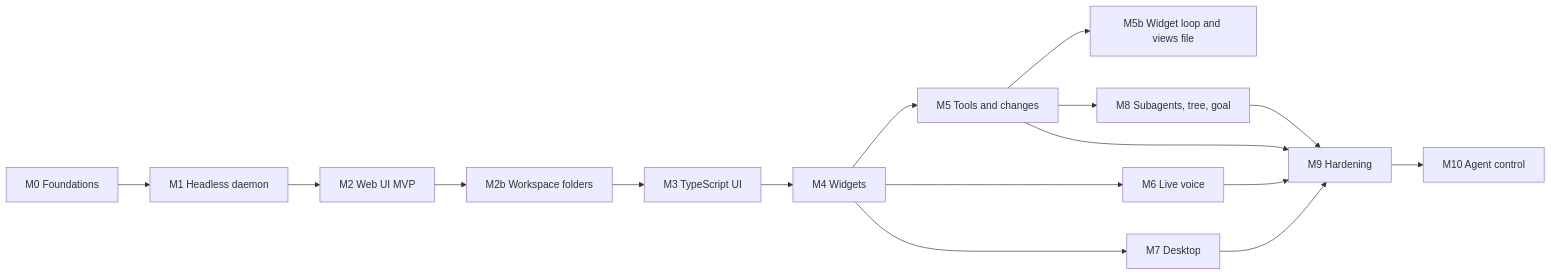
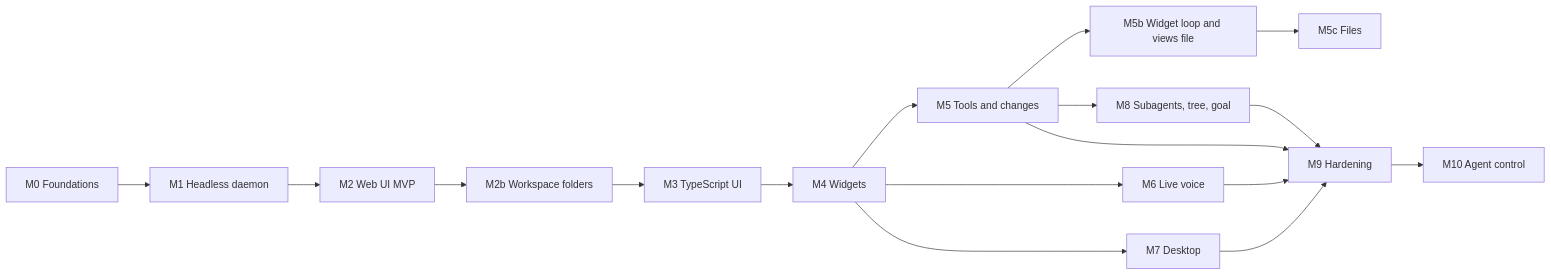
One commit to TonioGela/omfp changed the diagram in docs/specs/07-roadmap.md. Above: the diagram before and after it, drawn with Mermaid. The commit also changed other lines of this file and 86 other files, not shown here.

````diff
--- a/docs/specs/07-roadmap.md
+++ b/docs/specs/07-roadmap.md
@@ -7,10 +7,10 @@
 ```mermaid
 flowchart LR
   M0[M0 Foundations] --> M1[M1 Headless daemon] --> M2[M2 Web UI MVP] --> M2b[M2b Workspace folders]
   M2b --> M3[M3 TypeScript UI] --> M4[M4 Widgets]
-  M4 --> M5[M5 Tools and changes] --> M5b[M5b Widget loop and views file]
+  M4 --> M5[M5 Tools and changes] --> M5b[M5b Widget loop and views file] --> M5c[M5c Files]
   M4 --> M6[M6 Live voice]
   M4 --> M7[M7 Desktop]
   M5 --> M8[M8 Subagents, tree, goal]
   M5 & M6 & M7 & M8 --> M9[M9 Hardening] --> M10[M10 Agent control]
 ```
````
